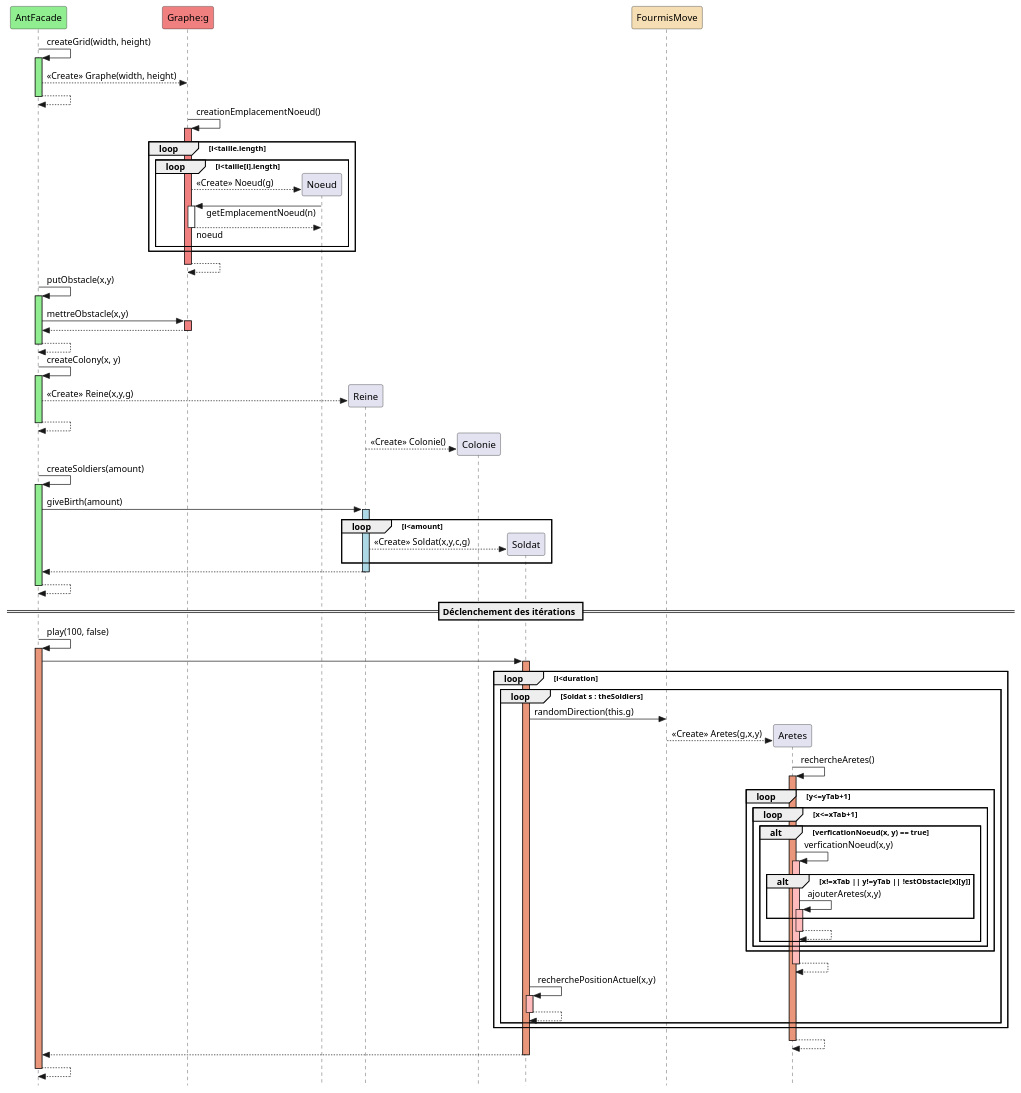
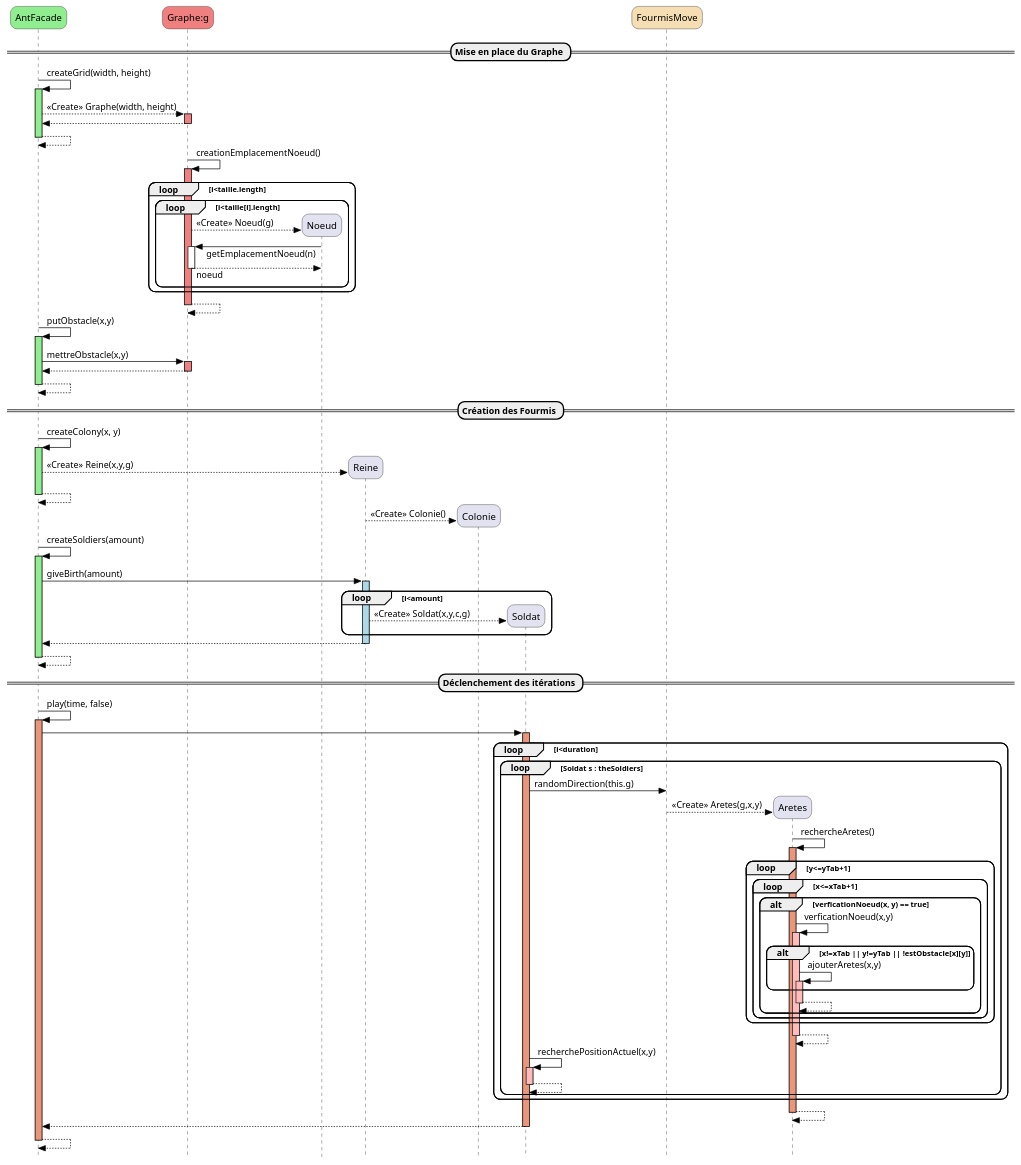
The diagram in plantUML/V1/Fourmis_DS_Iteration.puml (jvondermarck/ant-colony), drawn with PlantUML before and after one commit. The commit also changed 5 other files, not shown here.

Commit message:
MAJ Rapport + Les 3 UML

```diff
--- a/plantUML/V1/Fourmis_DS_Iteration.puml
+++ b/plantUML/V1/Fourmis_DS_Iteration.puml
@@ -1,87 +1,92 @@
 @startuml
 'https://plantuml.com/sequence-diagram
 
 skinparam style strictuml
 skinparam responseMessageBelowArrow true
+skinparam roundcorner 20
+skinparam ArrowColor #black
 hide footbox
 
 participant "AntFacade" as ant #lightgreen
 participant "Graphe:g" as graphe #lightcoral
 
+== Mise en place du Graphe ==
 ' ---------GRAPHE--------------
 ant -> ant++ #lightgreen : createGrid(width, height)
-    ant --> graphe: <<Create>> Graphe(width, height)
+    ant --> graphe++ #lightcoral : <<Create>> Graphe(width, height)
+return
 return
 
 graphe -> graphe++ #lightcoral : creationEmplacementNoeud()
 loop i<taille.length
     loop i<taille[i].length
         ' ---------NOEUD--------------
             create Noeud
             graphe --> Noeud : <<Create>> Noeud(g)
             graphe <- Noeud++ : getEmplacementNoeud(n)
                 return noeud
     end
 end
 return
 
 ant -> ant++ #lightgreen : putObstacle(x,y)
     ant -> graphe++ #lightcoral : mettreObstacle(x,y)
 return
 return
 
+== Création des Fourmis ==
 ' ---------REINE--------------
 ant -> ant++ #lightgreen : createColony(x, y)
 create Reine
     ant --> Reine : <<Create>> Reine(x,y,g)
 return
 
 ' ---------COLONIE--------------
 create Colonie
 Reine --> Colonie : <<Create>> Colonie()
 
 ant -> ant++ #lightgreen : createSoldiers(amount)
     ant -> Reine++ #lightblue : giveBirth(amount)
     loop i<amount
         ' ---------SOLDAT--------------
         create Soldat
         Reine --> Soldat : <<Create>> Soldat(x,y,c,g)
     end
 return
 return
 
 participant "FourmisMove" #Wheat
 == Déclenchement des itérations ==
-ant -> ant++ #DarkSalmon : play(100, false)
+ant -> ant++ #DarkSalmon : play(time, false)
 ant -> Soldat++ #DarkSalmon
 loop i<duration
     loop Soldat s : theSoldiers
         Soldat -> FourmisMove : randomDirection(this.g)
         ' ---------ARETES--------------
         create Aretes
         FourmisMove --> Aretes : <<Create>> Aretes(g,x,y)
         Aretes -> Aretes++ #DarkSalmon : rechercheAretes()
         loop y<=yTab+1
             loop x<=xTab+1
                 alt verficationNoeud(x, y) == true
                     Aretes -> Aretes++ #FFBBBB : verficationNoeud(x,y)
                         alt x!=xTab || y!=yTab || !estObstacle[x][y]
                             Aretes -> Aretes++ #FFBBBB : ajouterAretes(x,y)
                         end
                     return
                 end
             end
         end
             return
         Soldat -> Soldat++ #FFBBBB : recherchePositionActuel(x,y)
             return
     end
 end
 return
 return
 return
 
 
 
 
 @enduml
```
